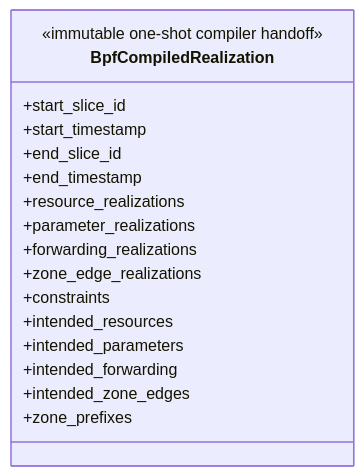
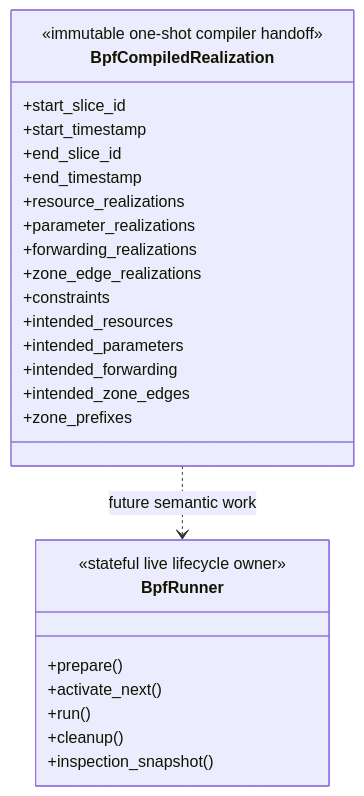
Before and after one commit to seed-labs/skyseed: the second of 2 diagrams in skyseed_v2/src/skyseed_v2/backend/bpf/README.md, drawn with Mermaid. The commit also changed other lines of this file and 145 other files, not shown here.

Commit message:
feat: complete bpf runner stage

````diff
--- a/skyseed_v2/src/skyseed_v2/backend/bpf/README.md
+++ b/skyseed_v2/src/skyseed_v2/backend/bpf/README.md
@@ -31,20 +195,29 @@
 ```mermaid
 classDiagram
     class BpfCompiledRealization {
         <<immutable one-shot compiler handoff>>
         +start_slice_id
         +start_timestamp
         +end_slice_id
         +end_timestamp
         +resource_realizations
         +parameter_realizations
         +forwarding_realizations
         +zone_edge_realizations
         +constraints
         +intended_resources
         +intended_parameters
         +intended_forwarding
         +intended_zone_edges
         +zone_prefixes
     }
+    class BpfRunner {
+        <<stateful live lifecycle owner>>
+        +prepare()
+        +activate_next()
+        +run()
+        +cleanup()
+        +inspection_snapshot()
+    }
+    BpfCompiledRealization ..> BpfRunner : future semantic work
 ```
````
